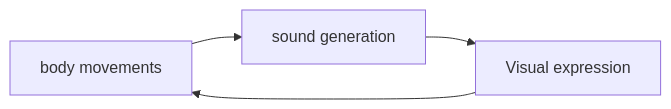
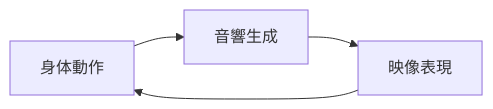
One commit to monumental-movement/monumental-movement.github.io changed the third of 3 diagrams in en/_posts/2025-12-15-column-neo-futurism-avant-garde-pop.md. Above: the diagram before and after it, drawn with Mermaid. The commit also changed other lines of this file and 2196 other files, not shown here.

```diff
--- a/en/_posts/2025-12-15-column-neo-futurism-avant-garde-pop.md
+++ b/en/_posts/2025-12-15-column-neo-futurism-avant-garde-pop.md
@@ -176,5 +176,5 @@
 <div class="mermaid">
 flowchart LR
-    A[body movements] --> B[sound generation] --> C[Visual expression]
+    A[身体動作] --> B[音響生成] --> C[映像表現]
     C --> A
 </div>
```
